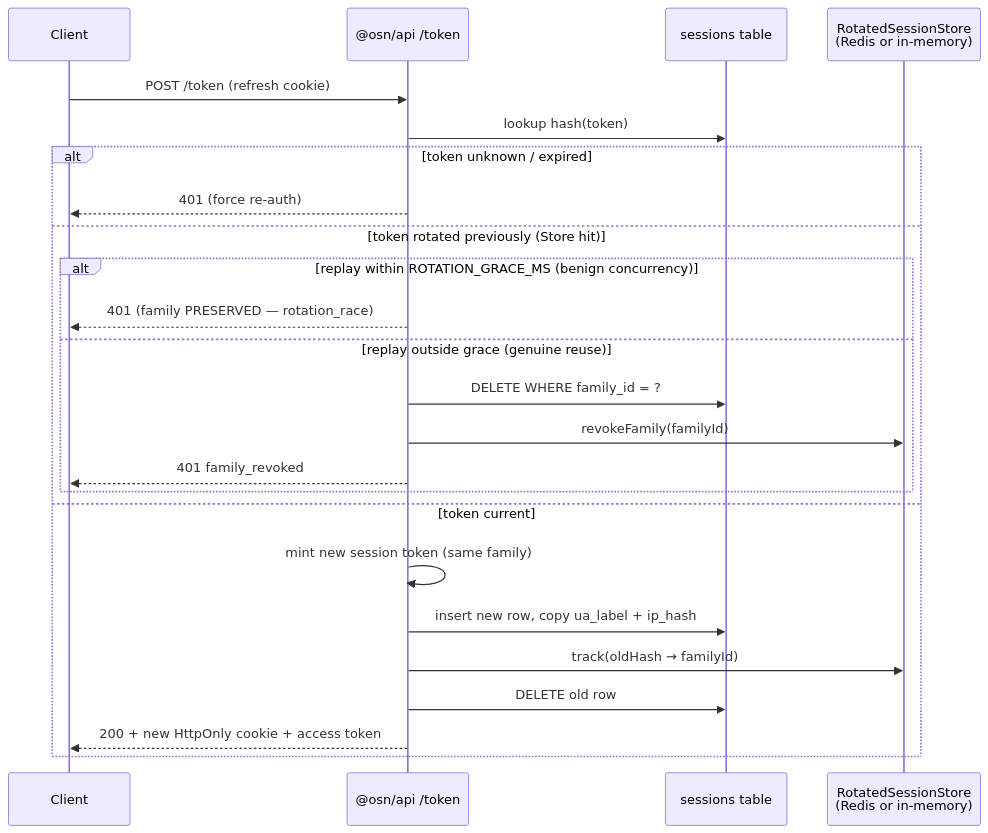
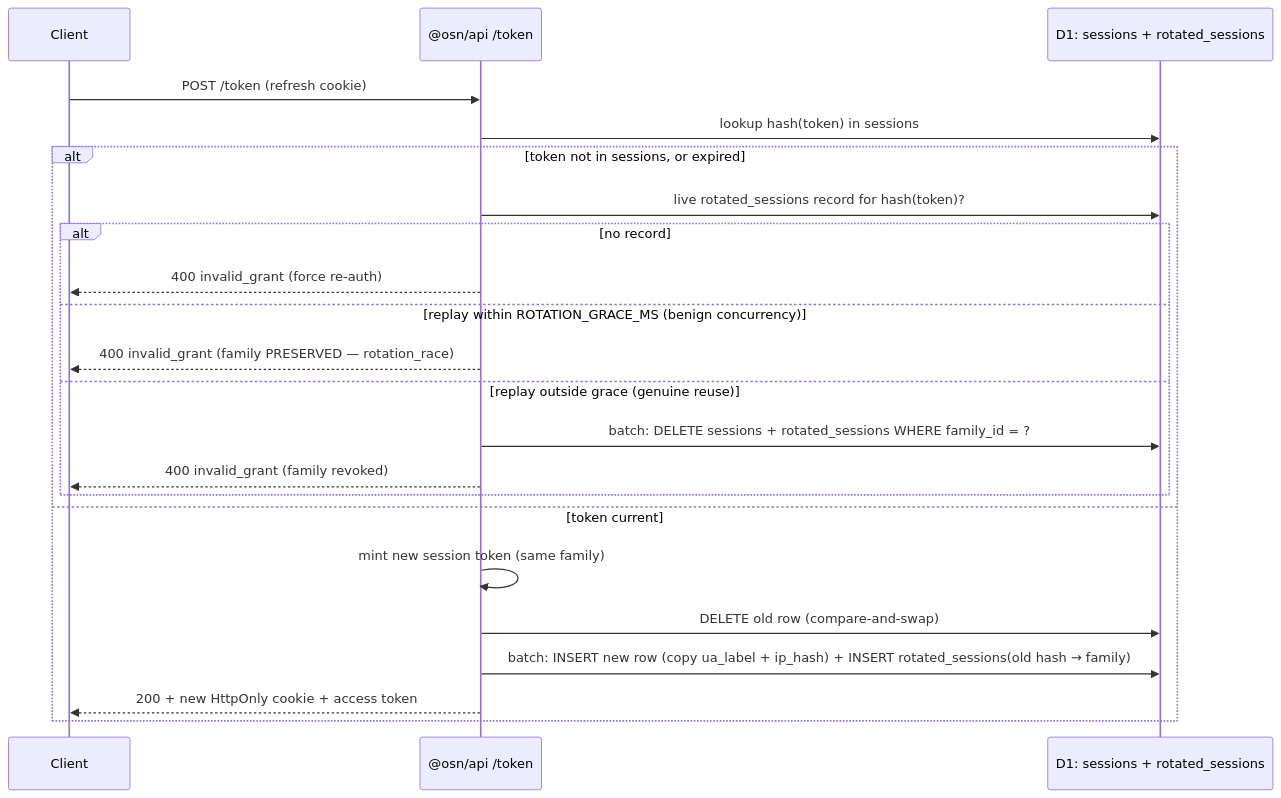
The diagram in wiki/osn/sessions.md (englishstreetventures/osn), drawn with Mermaid before and after one commit. The commit also changed other lines of this file and 33 other files, not shown here.

First line of the commit message:
docs(wiki): describe the coordination store where pages named Redis

````diff
--- a/wiki/osn/sessions.md
+++ b/wiki/osn/sessions.md
@@ -20,27 +21,25 @@
 ```mermaid
 sequenceDiagram
   participant Client
   participant API as @osn/api /token
-  participant DB as sessions table
-  participant Store as RotatedSessionStore<br/>(Redis or in-memory)
+  participant DB as D1: sessions + rotated_sessions
 
   Client->>API: POST /token (refresh cookie)
-  API->>DB: lookup hash(token)
-  alt token unknown / expired
-    API-->>Client: 401 (force re-auth)
-  else token rotated previously (Store hit)
-    alt replay within ROTATION_GRACE_MS (benign concurrency)
-      API-->>Client: 401 (family PRESERVED — rotation_race)
+  API->>DB: lookup hash(token) in sessions
+  alt token not in sessions, or expired
+    API->>DB: live rotated_sessions record for hash(token)?
+    alt no record
+      API-->>Client: 400 invalid_grant (force re-auth)
+    else replay within ROTATION_GRACE_MS (benign concurrency)
+      API-->>Client: 400 invalid_grant (family PRESERVED — rotation_race)
     else replay outside grace (genuine reuse)
-      API->>DB: DELETE WHERE family_id = ?
-      API->>Store: revokeFamily(familyId)
-      API-->>Client: 401 family_revoked
+      API->>DB: batch: DELETE sessions + rotated_sessions WHERE family_id = ?
+      API-->>Client: 400 invalid_grant (family revoked)
     end
   else token current
     API->>API: mint new session token (same family)
-    API->>DB: insert new row, copy ua_label + ip_hash
-    API->>Store: track(oldHash → familyId)
-    API->>DB: DELETE old row
+    API->>DB: DELETE old row (compare-and-swap)
+    API->>DB: batch: INSERT new row (copy ua_label + ip_hash) + INSERT rotated_sessions(old hash → family)
     API-->>Client: 200 + new HttpOnly cookie + access token
   end
 ```
````
